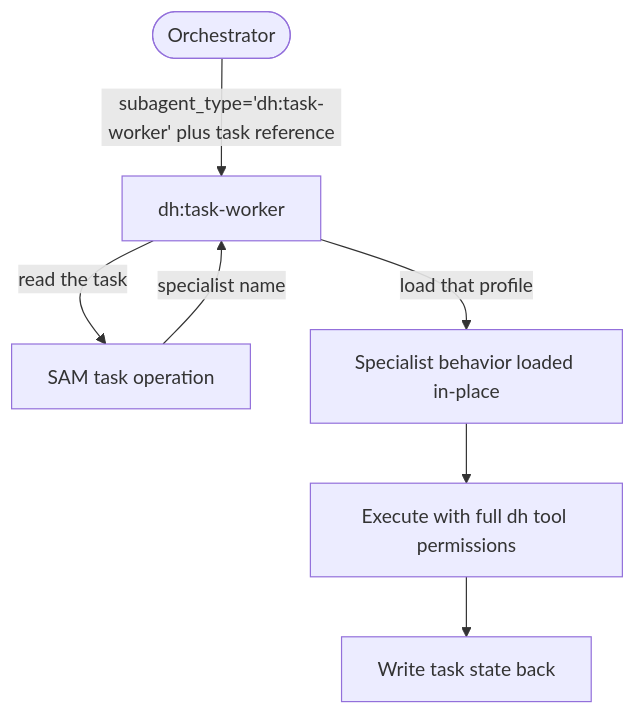
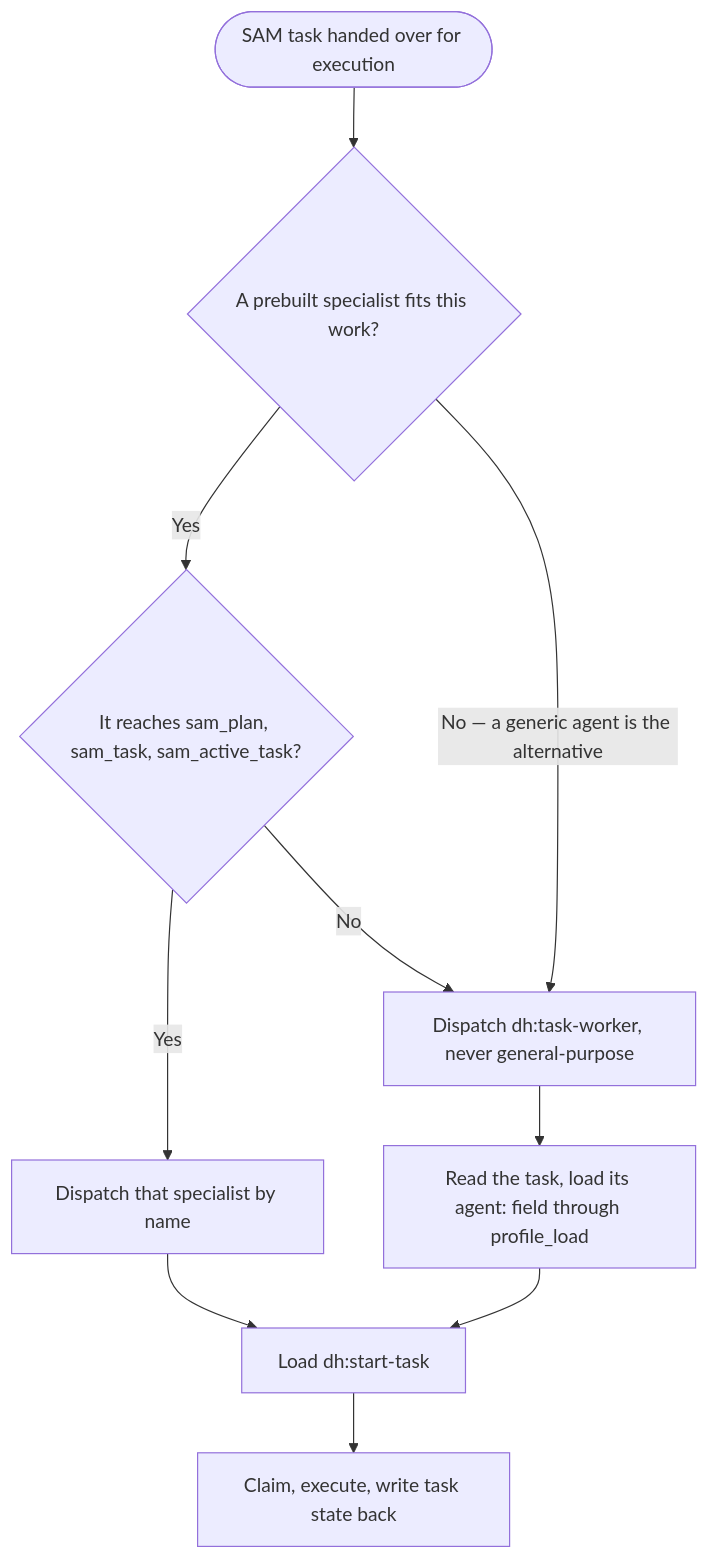
Before and after one commit to Jamie-BitFlight/claude_skills: the diagram in plugins/development-harness/skills/dispatch-contract/SKILL.md, drawn with Mermaid. The commit also changed other lines of this file and 7 other files, not shown here.

First line of the commit message:
fix(development-harness): make task-worker the dispatch fallback, not the universal target

````diff
--- a/plugins/development-harness/skills/dispatch-contract/SKILL.md
+++ b/plugins/development-harness/skills/dispatch-contract/SKILL.md
@@ -48,9 +59,12 @@
 ```mermaid
 flowchart TD
-    Orchestrator([Orchestrator]) -->|"subagent_type='dh:task-worker' plus task reference"| Worker[dh:task-worker]
-    Worker -->|"read the task"| SAM[SAM task operation]
-    SAM -->|"specialist name"| Worker
-    Worker -->|"load that profile"| Profile[Specialist behavior loaded in-place]
-    Profile --> Execute[Execute with full dh tool permissions]
-    Execute --> State[Write task state back]
+    Dispatch([SAM task handed over for execution]) --> Fit{"A prebuilt specialist fits this work?"}
+    Fit -->|Yes| Tools{"It reaches sam_plan, sam_task, sam_active_task?"}
+    Tools -->|Yes| Spec[Dispatch that specialist by name]
+    Tools -->|No| Worker
+    Fit -->|"No — a generic agent is the alternative"| Worker["Dispatch dh:task-worker, never general-purpose"]
+    Worker --> Profile["Read the task, load its agent: field through profile_load"]
+    Spec --> Start[Load dh:start-task]
+    Profile --> Start
+    Start --> Lifecycle[Claim, execute, write task state back]
 ```
````
